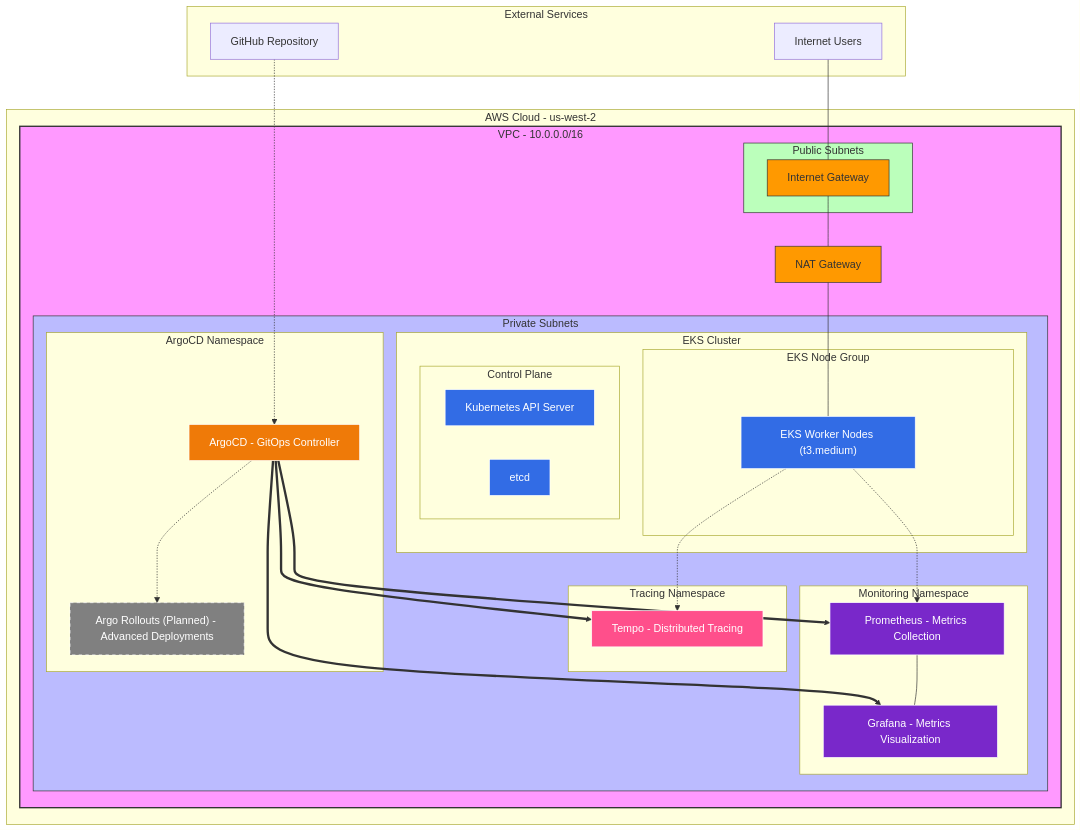
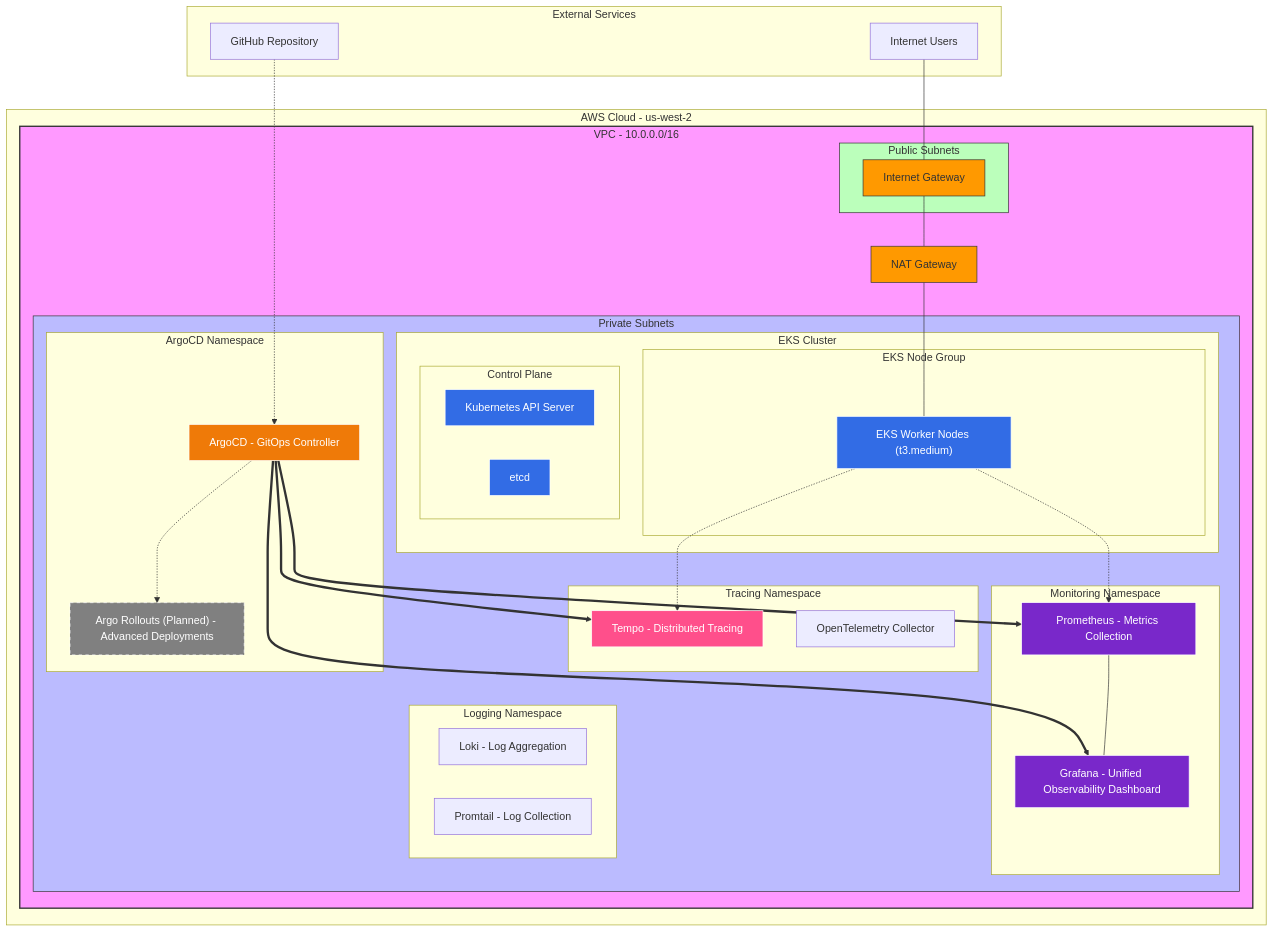
One commit to misua/eks-with-otel changed the first of 3 diagrams in README.md. Above: the diagram before and after it, drawn with Mermaid. The commit also changed other lines of this file and 7 other files, not shown here.

Commit message:
feat: add Loki and Promtail for log aggregation with enhanced OpenTelemetry Collector configuration

````diff
--- a/README.md
+++ b/README.md
@@ -24,74 +24,80 @@
 ```mermaid
 graph TD
     subgraph AWS_Cloud ["AWS Cloud - us-west-2"]
         subgraph VPC ["VPC - 10.0.0.0/16"]
             subgraph Public_Subnets ["Public Subnets"]
                 IGW["Internet Gateway"]
             end
             
             subgraph Private_Subnets ["Private Subnets"]
                 subgraph EKS_Cluster ["EKS Cluster"]
                     subgraph Node_Group ["EKS Node Group"]
                         Worker_Nodes["EKS Worker Nodes (t3.medium)"]
                     end
                     
                     subgraph Control_Plane ["Control Plane"]
                         API_Server["Kubernetes API Server"]
                         ETCD["etcd"]
                     end
                 end
                 
                 subgraph Monitoring ["Monitoring Namespace"]
                     Prometheus["Prometheus - Metrics Collection"]
-                    Grafana["Grafana - Metrics Visualization"]
+                    Grafana["Grafana - Unified Observability Dashboard"]
+                end
+                
+                subgraph Logging ["Logging Namespace"]
+                    Loki["Loki - Log Aggregation"]
+                    Promtail["Promtail - Log Collection"]
                 end
                 
                 subgraph Tracing ["Tracing Namespace"]
                     Tempo["Tempo - Distributed Tracing"]
+                    OTelCollector["OpenTelemetry Collector"]
                 end
                 
                 subgraph GitOps ["ArgoCD Namespace"]
                     ArgoCD["ArgoCD - GitOps Controller"]
                     ArgoRollouts["Argo Rollouts (Planned) - Advanced Deployments"]
                 end
             end
             
             NAT["NAT Gateway"]
         end
     end
     
     subgraph External ["External Services"]
         Internet["Internet Users"]
         GitHub["GitHub Repository"]
     end
     
     style VPC fill:#f9f,stroke:#333,stroke-width:2px
     style Private_Subnets fill:#bbf,stroke:#333,stroke-width:1px
     style Public_Subnets fill:#bfb,stroke:#333,stroke-width:1px
     
     classDef awsFill fill:#FF9900,stroke:#333,stroke-width:1px;
     classDef k8sFill fill:#326ce5,stroke:#fff,stroke-width:1px,color:#fff;
     classDef monitoringFill fill:#7928CA,stroke:#fff,stroke-width:1px,color:#fff;
     classDef tracingFill fill:#FF4F8B,stroke:#fff,stroke-width:1px,color:#fff;
     classDef gitopsFill fill:#EF7A08,stroke:#fff,stroke-width:1px,color:#fff;
     classDef plannedFill fill:#808080,stroke:#fff,stroke-width:1px,color:#fff,stroke-dasharray: 5 5;
     
     class Worker_Nodes,API_Server,ETCD k8sFill
     class Prometheus,Grafana monitoringFill
     class Tempo tracingFill
     class ArgoCD,ArgoRollouts gitopsFill
     class ArgoRollouts plannedFill
     class IGW,NAT awsFill
     
     Internet --- IGW
     IGW --- NAT
     NAT --- Worker_Nodes
     GitHub -.-> ArgoCD
     ArgoCD ==> Prometheus
     ArgoCD ==> Grafana
     ArgoCD ==> Tempo
     ArgoCD -.-> ArgoRollouts
     Worker_Nodes -.-> Prometheus
     Worker_Nodes -.-> Tempo
     Prometheus --- Grafana
 ```
````
